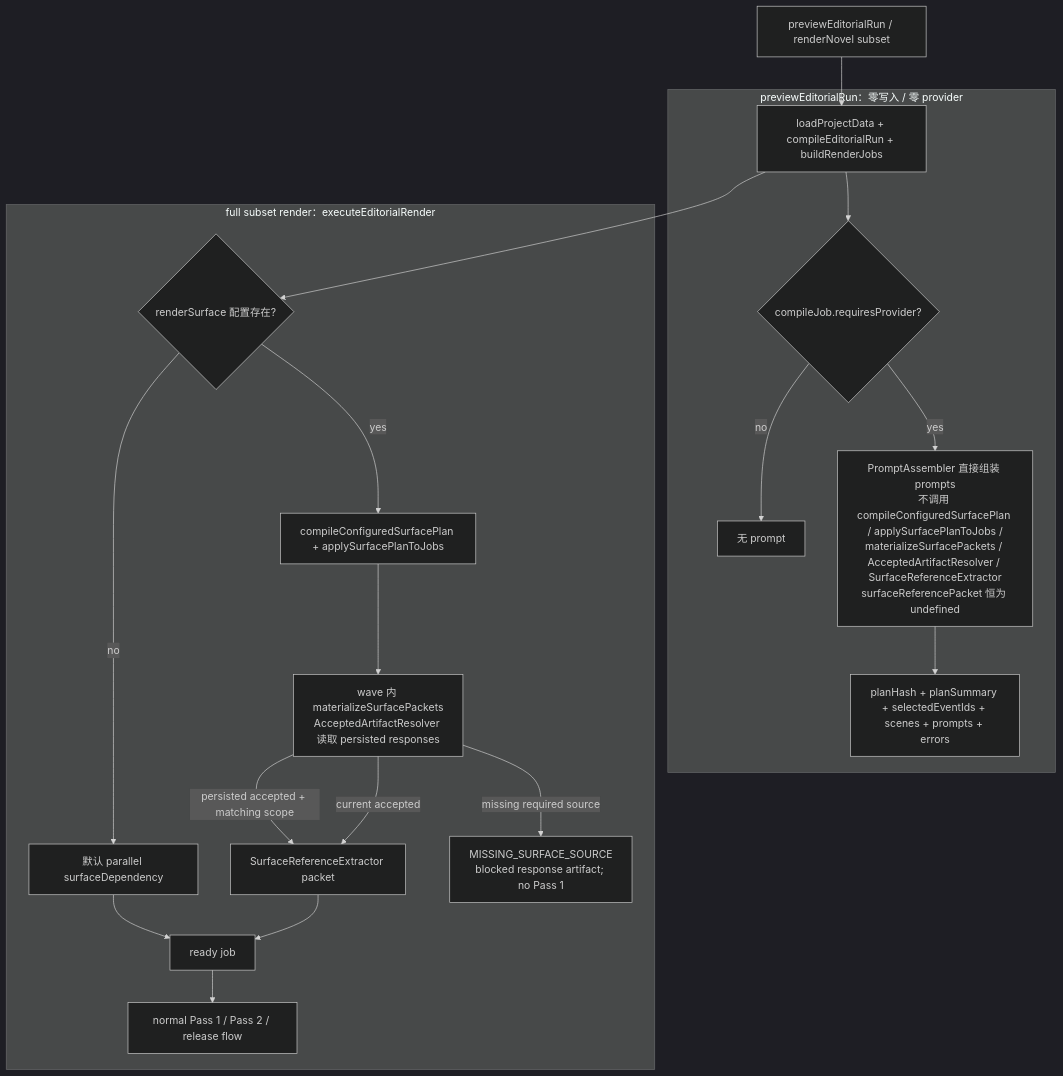
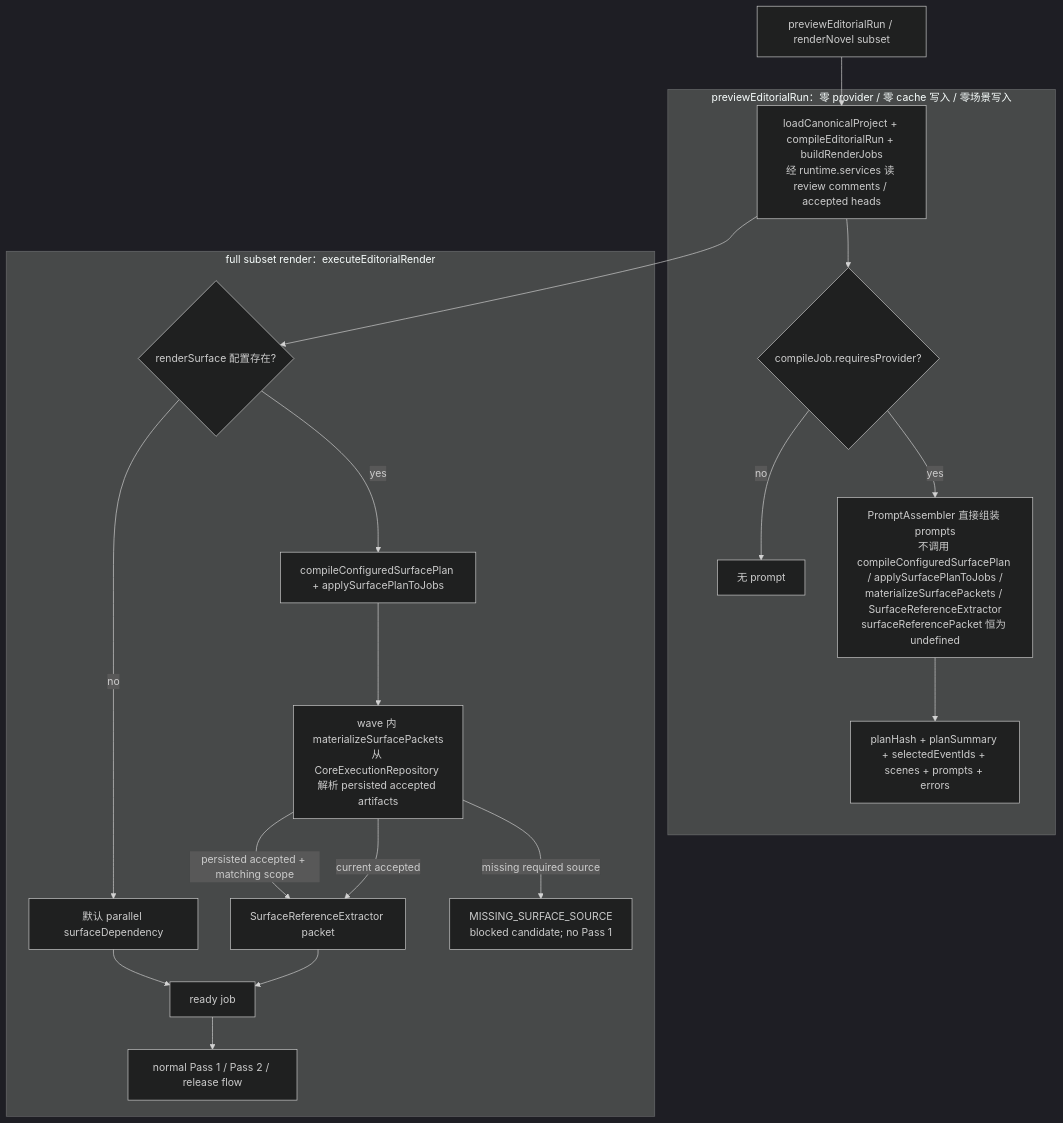
One commit to fltb/fabula changed the fifth of 6 diagrams in docs/reference/wiring.md. Above: the diagram before and after it, drawn with Mermaid (dark theme). The commit also changed other lines of this file and 54 other files, not shown here.

````diff
--- a/docs/reference/wiring.md
+++ b/docs/reference/wiring.md
@@ -392,24 +394,24 @@
 ```mermaid
 flowchart TD
-  Request[previewEditorialRun / renderNovel subset] --> Shared[loadProjectData + compileEditorialRun + buildRenderJobs]
+  Request[previewEditorialRun / renderNovel subset] --> Shared[loadCanonicalProject + compileEditorialRun + buildRenderJobs<br/>经 runtime.services 读 review comments / accepted heads]
 
-  subgraph Preview[previewEditorialRun：零写入 / 零 provider]
+  subgraph Preview[previewEditorialRun：零 provider / 零 cache 写入 / 零场景写入]
     Shared --> Need{compileJob.requiresProvider?}
     Need -- no --> Skip[无 prompt]
-    Need -- yes --> Prompt[PromptAssembler 直接组装 prompts<br/>不调用 compileConfiguredSurfacePlan / applySurfacePlanToJobs /<br/>materializeSurfacePackets / AcceptedArtifactResolver / SurfaceReferenceExtractor<br/>surfaceReferencePacket 恒为 undefined]
+    Need -- yes --> Prompt[PromptAssembler 直接组装 prompts<br/>不调用 compileConfiguredSurfacePlan / applySurfacePlanToJobs /<br/>materializeSurfacePackets / SurfaceReferenceExtractor<br/>surfaceReferencePacket 恒为 undefined]
     Prompt --> PreviewResult[planHash + planSummary + selectedEventIds + scenes + prompts + errors]
   end
 
   subgraph Subset[full subset render：executeEditorialRender]
     Shared --> Surface{renderSurface 配置存在?}
     Surface -- yes --> Plan[compileConfiguredSurfacePlan + applySurfacePlanToJobs]
-    Plan --> Materialize[wave 内 materializeSurfacePackets<br/>AcceptedArtifactResolver 读取 persisted responses]
+    Plan --> Materialize[wave 内 materializeSurfacePackets<br/>从 CoreExecutionRepository 解析 persisted accepted artifacts]
     Materialize -- current accepted --> Packet[SurfaceReferenceExtractor packet]
     Materialize -- persisted accepted + matching scope --> Packet
     Packet --> Ready[ready job]
     Surface -- no --> DefaultDep[默认 parallel surfaceDependency]
     DefaultDep --> Ready
-    Materialize -- missing required source --> Missing[MISSING_SURFACE_SOURCE<br/>blocked response artifact; no Pass 1]
+    Materialize -- missing required source --> Missing[MISSING_SURFACE_SOURCE<br/>blocked candidate; no Pass 1]
     Ready --> FullRender[normal Pass 1 / Pass 2 / release flow]
   end
 ```
````
